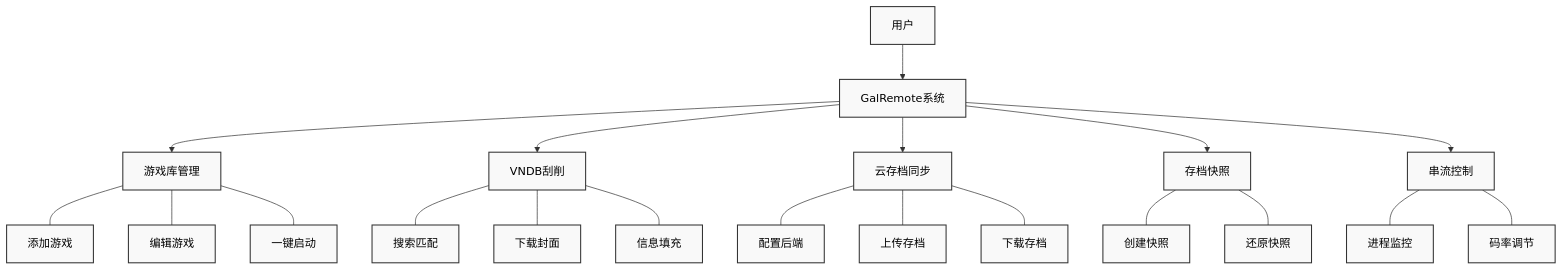
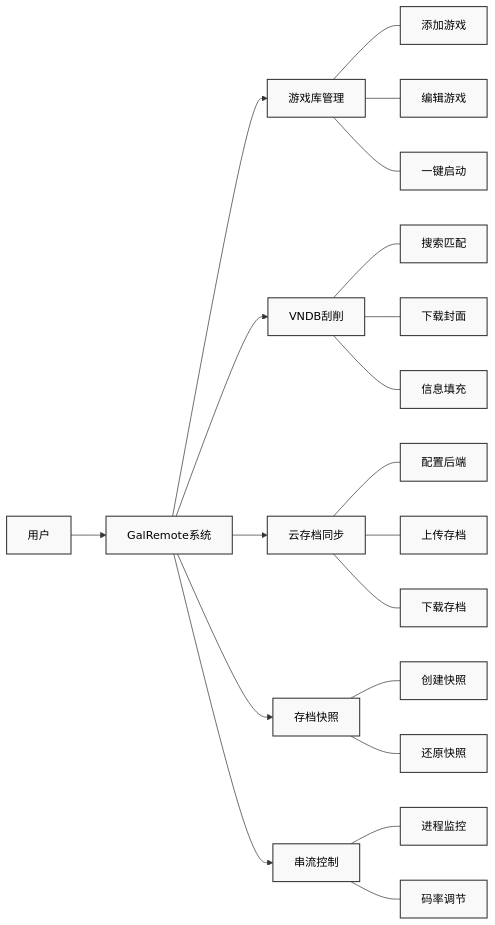
One commit to Roxy-DD/galremote changed the diagram in thesis/01_需求分析.md. Above: the diagram before and after it, drawn with Mermaid.

Commit message:
docs(thesis): change Chapter 3 diagram layout to LR to prevent horizontal overflow

````diff
--- a/thesis/01_需求分析.md
+++ b/thesis/01_需求分析.md
@@ -13,31 +13,31 @@
 ```mermaid
-graph TD
+graph LR
     User["用户"] --> Sys["GalRemote系统"]
     
     Sys --> M1["游戏库管理"]
     Sys --> M2["VNDB刮削"]
     Sys --> M3["云存档同步"]
     Sys --> M4["存档快照"]
     Sys --> M5["串流控制"]
 
     M1 --- M1_1["添加游戏"]
     M1 --- M1_2["编辑游戏"]
     M1 --- M1_3["一键启动"]
 
     M2 --- M2_1["搜索匹配"]
     M2 --- M2_2["下载封面"]
     M2 --- M2_3["信息填充"]
 
     M3 --- M3_1["配置后端"]
     M3 --- M3_2["上传存档"]
     M3 --- M3_3["下载存档"]
 
     M4 --- M4_1["创建快照"]
     M4 --- M4_2["还原快照"]
     
     M5 --- M5_1["进程监控"]
     M5 --- M5_2["码率调节"]
 
     %% 保持特定排版和节点对齐
     classDef default fill:#f9f9f9,stroke:#333,stroke-width:1.5px,color:#000;
 ```
````
